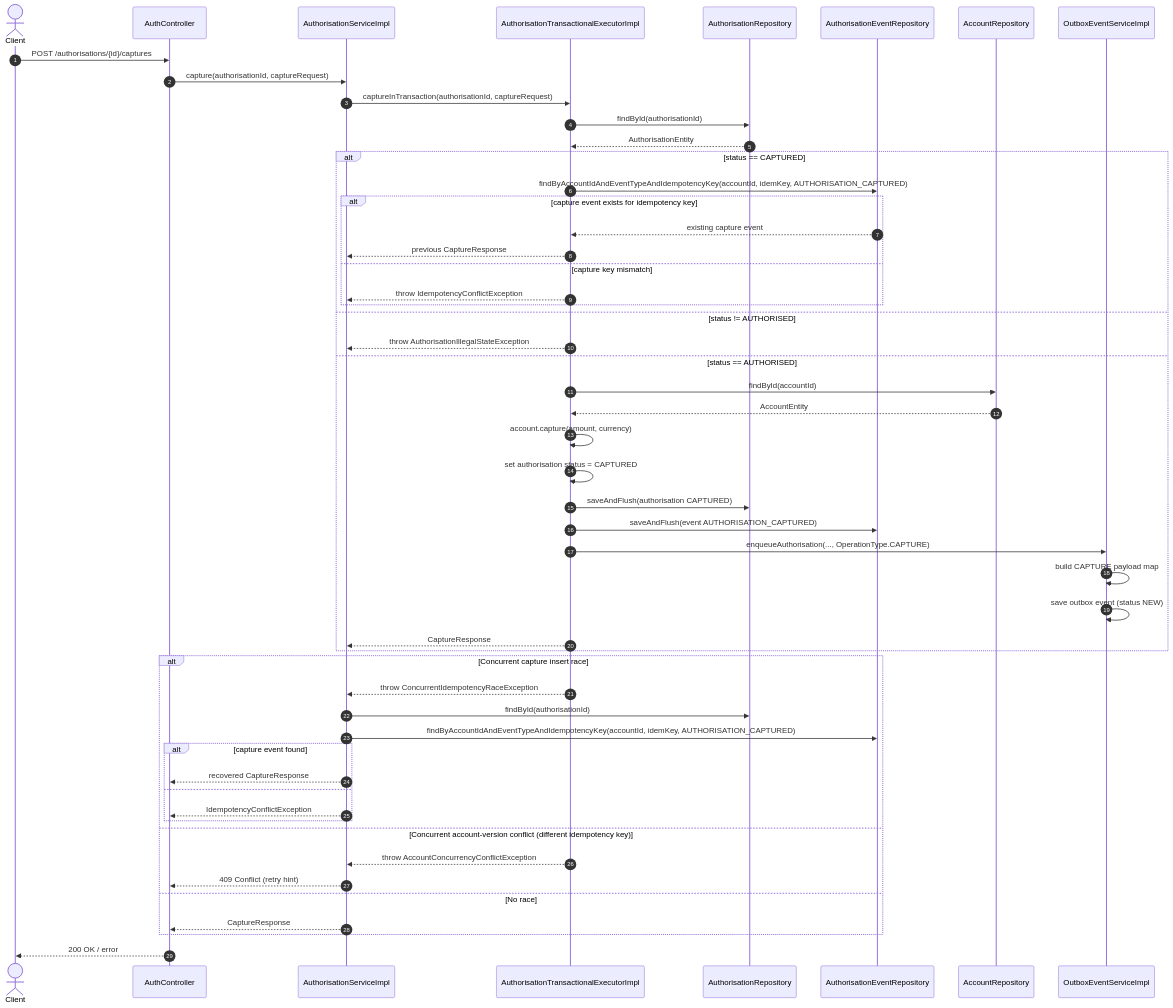
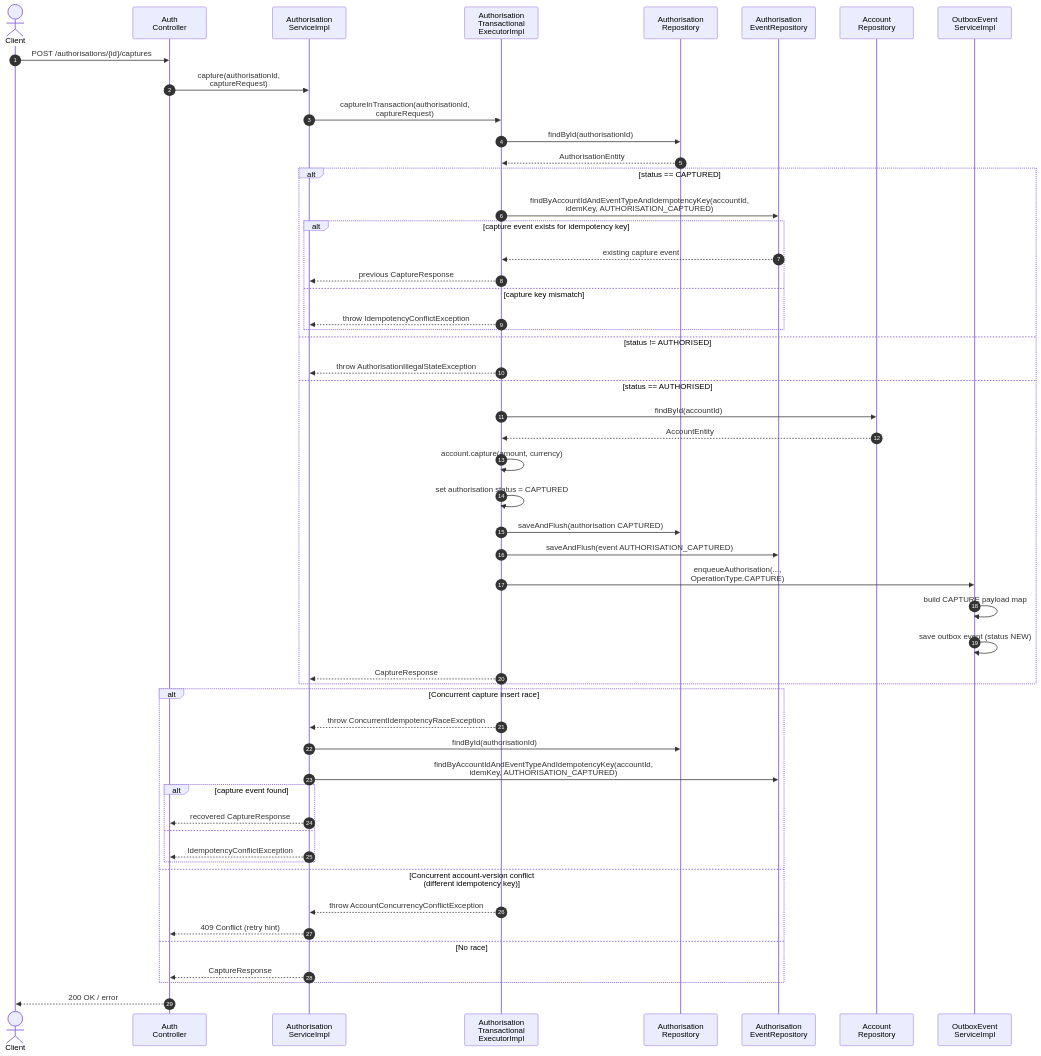
Before and after one commit to ShirongQuan/payment-platform: the diagram in docs/flows/capture-sequence.mmd, drawn with Mermaid. The commit also changed 13 other files, not shown here.

```diff
--- a/docs/flows/capture-sequence.mmd
+++ b/docs/flows/capture-sequence.mmd
@@ -1,59 +1,59 @@
 sequenceDiagram
 	autonumber
 	actor Client
-	participant AC as AuthController
-	participant AS as AuthorisationServiceImpl
-	participant ATE as AuthorisationTransactionalExecutorImpl
-	participant AR as AuthorisationRepository
-	participant AER as AuthorisationEventRepository
-	participant AccR as AccountRepository
-	participant OES as OutboxEventServiceImpl
+	participant AC as Auth<br/>Controller
+	participant AS as Authorisation<br/>ServiceImpl
+	participant ATE as Authorisation<br/>Transactional<br/>ExecutorImpl
+	participant AR as Authorisation<br/>Repository
+	participant AER as Authorisation<br/>EventRepository
+	participant AccR as Account<br/>Repository
+	participant OES as OutboxEvent<br/>ServiceImpl
 
 	Client->>AC: POST /authorisations/{id}/captures
-	AC->>AS: capture(authorisationId, captureRequest)
-	AS->>ATE: captureInTransaction(authorisationId, captureRequest)
+	AC->>AS: capture(authorisationId,<br/>captureRequest)
+	AS->>ATE: captureInTransaction(authorisationId,<br/>captureRequest)
 
 	ATE->>AR: findById(authorisationId)
 	AR-->>ATE: AuthorisationEntity
 
 	alt status == CAPTURED
-		ATE->>AER: findByAccountIdAndEventTypeAndIdempotencyKey(accountId, idemKey, AUTHORISATION_CAPTURED)
+		ATE->>AER: findByAccountIdAndEventTypeAndIdempotencyKey(accountId,<br/>idemKey, AUTHORISATION_CAPTURED)
 		alt capture event exists for idempotency key
 			AER-->>ATE: existing capture event
 			ATE-->>AS: previous CaptureResponse
 		else capture key mismatch
 			ATE-->>AS: throw IdempotencyConflictException
 		end
 	else status != AUTHORISED
 		ATE-->>AS: throw AuthorisationIllegalStateException
 	else status == AUTHORISED
 		ATE->>AccR: findById(accountId)
 		AccR-->>ATE: AccountEntity
 		ATE->>ATE: account.capture(amount, currency)
 		ATE->>ATE: set authorisation status = CAPTURED
 
 		ATE->>AR: saveAndFlush(authorisation CAPTURED)
 		ATE->>AER: saveAndFlush(event AUTHORISATION_CAPTURED)
-		ATE->>OES: enqueueAuthorisation(..., OperationType.CAPTURE)
+		ATE->>OES: enqueueAuthorisation(...,<br/>OperationType.CAPTURE)
 		OES->>OES: build CAPTURE payload map
 		OES->>OES: save outbox event (status NEW)
 		ATE-->>AS: CaptureResponse
 	end
 
 	alt Concurrent capture insert race
 		ATE-->>AS: throw ConcurrentIdempotencyRaceException
 		AS->>AR: findById(authorisationId)
-		AS->>AER: findByAccountIdAndEventTypeAndIdempotencyKey(accountId, idemKey, AUTHORISATION_CAPTURED)
+		AS->>AER: findByAccountIdAndEventTypeAndIdempotencyKey(accountId,<br/>idemKey, AUTHORISATION_CAPTURED)
 		alt capture event found
 			AS-->>AC: recovered CaptureResponse
 		else
 			AS-->>AC: IdempotencyConflictException
 		end
-	else Concurrent account-version conflict (different idempotency key)
+	else Concurrent account-version conflict<br/>(different idempotency key)
 		ATE-->>AS: throw AccountConcurrencyConflictException
 		AS-->>AC: 409 Conflict (retry hint)
 	else No race
 		AS-->>AC: CaptureResponse
 	end
 
 	AC-->>Client: 200 OK / error
```
